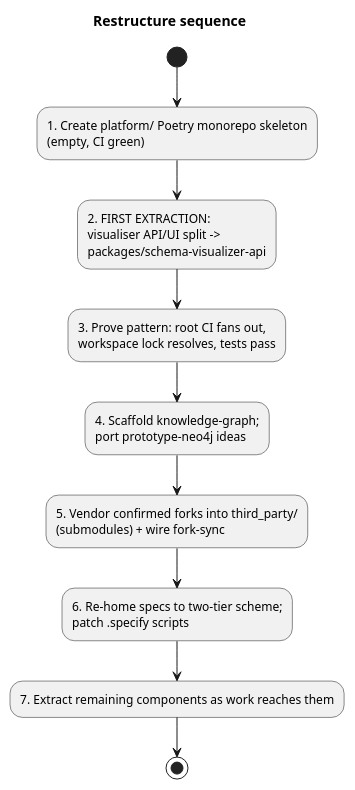
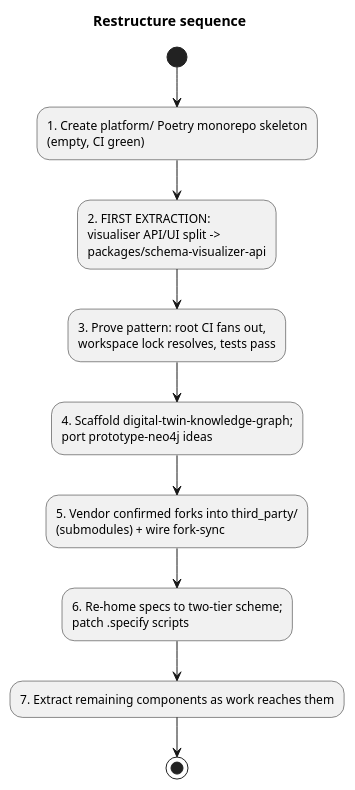
Before and after one commit to wolffy-au/frictionless-architect: the second of 3 diagrams in ARCHITECTURE.md, drawn with PlantUML. The commit also changed other lines of this file and 114 other files, not shown here.

````diff
--- a/ARCHITECTURE.md
+++ b/ARCHITECTURE.md
@@ -276,13 +252,13 @@
 ```plantuml
 @startuml
 title Restructure sequence
 (*) --> "1. Create platform/ Poetry monorepo skeleton\n(empty, CI green)"
 --> "2. FIRST EXTRACTION:\nvisualiser API/UI split ->\npackages/schema-visualizer-api"
 --> "3. Prove pattern: root CI fans out,\nworkspace lock resolves, tests pass"
---> "4. Scaffold knowledge-graph;\nport prototype-neo4j ideas"
+--> "4. Scaffold digital-twin-knowledge-graph;\nport prototype-neo4j ideas"
 --> "5. Vendor confirmed forks into third_party/\n(submodules) + wire fork-sync"
 --> "6. Re-home specs to two-tier scheme;\npatch .specify scripts"
 --> "7. Extract remaining components as work reaches them"
 --> (*)
 @enduml
 ```
````
